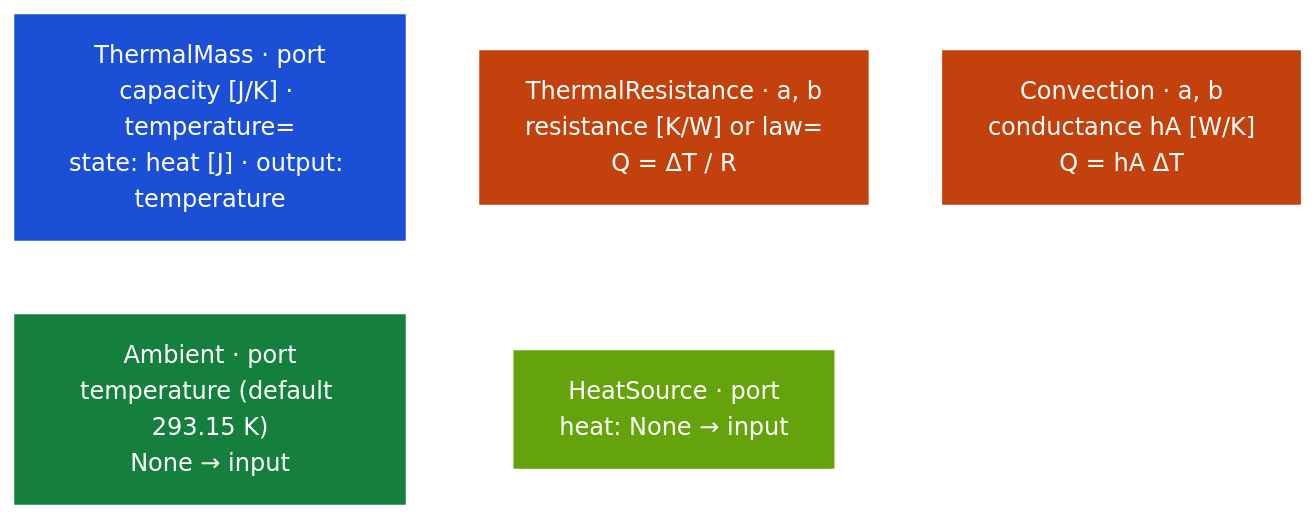
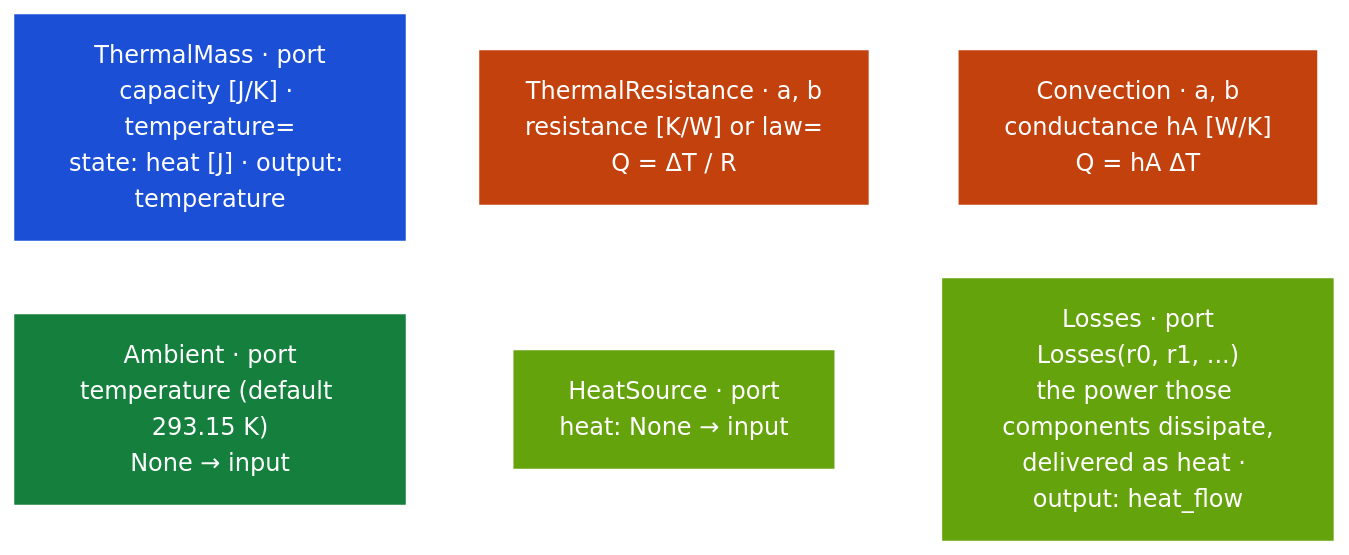
Before and after one commit to otwin-core/otwin: the seventh of 11 diagrams in COMPONENTS.md, drawn with Mermaid (forest theme). The commit also changed other lines of this file and 57 other files, not shown here.

````diff
--- a/COMPONENTS.md
+++ b/COMPONENTS.md
@@ -282,14 +284,15 @@
 ```mermaid
 flowchart LR
     classDef as fill:#1a4fd6,color:#fff,stroke:#1a4fd6
     classDef rs fill:#c2410c,color:#fff,stroke:#c2410c
     classDef ax fill:#15803d,color:#fff,stroke:#15803d
     classDef tx fill:#65a30d,color:#fff,stroke:#65a30d
     T1["ThermalMass · port<br/>capacity [J/K] · temperature=<br/>state: heat [J] · output: temperature"]:::as
     T2["ThermalResistance · a, b<br/>resistance [K/W] or law=<br/>Q = ΔT / R"]:::rs
     T3["Convection · a, b<br/>conductance hA [W/K]<br/>Q = hA ΔT"]:::rs
     T4["Ambient · port<br/>temperature (default 293.15 K)<br/>None → input"]:::ax
     T5["HeatSource · port<br/>heat: None → input"]:::tx
+    T6["Losses · port<br/>Losses(r0, r1, ...)<br/>the power those components dissipate,<br/>delivered as heat · output: heat_flow"]:::tx
     T1 ~~~ T2 ~~~ T3
-    T4 ~~~ T5
+    T4 ~~~ T5 ~~~ T6
 ```
````
